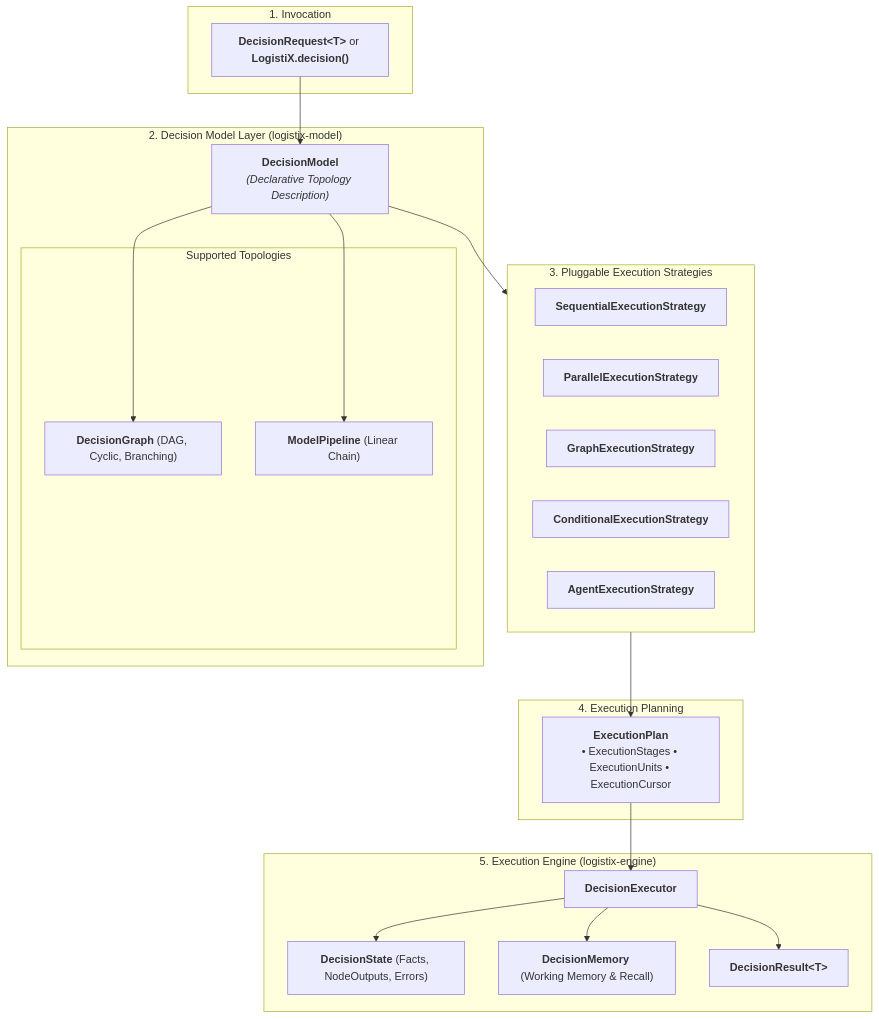
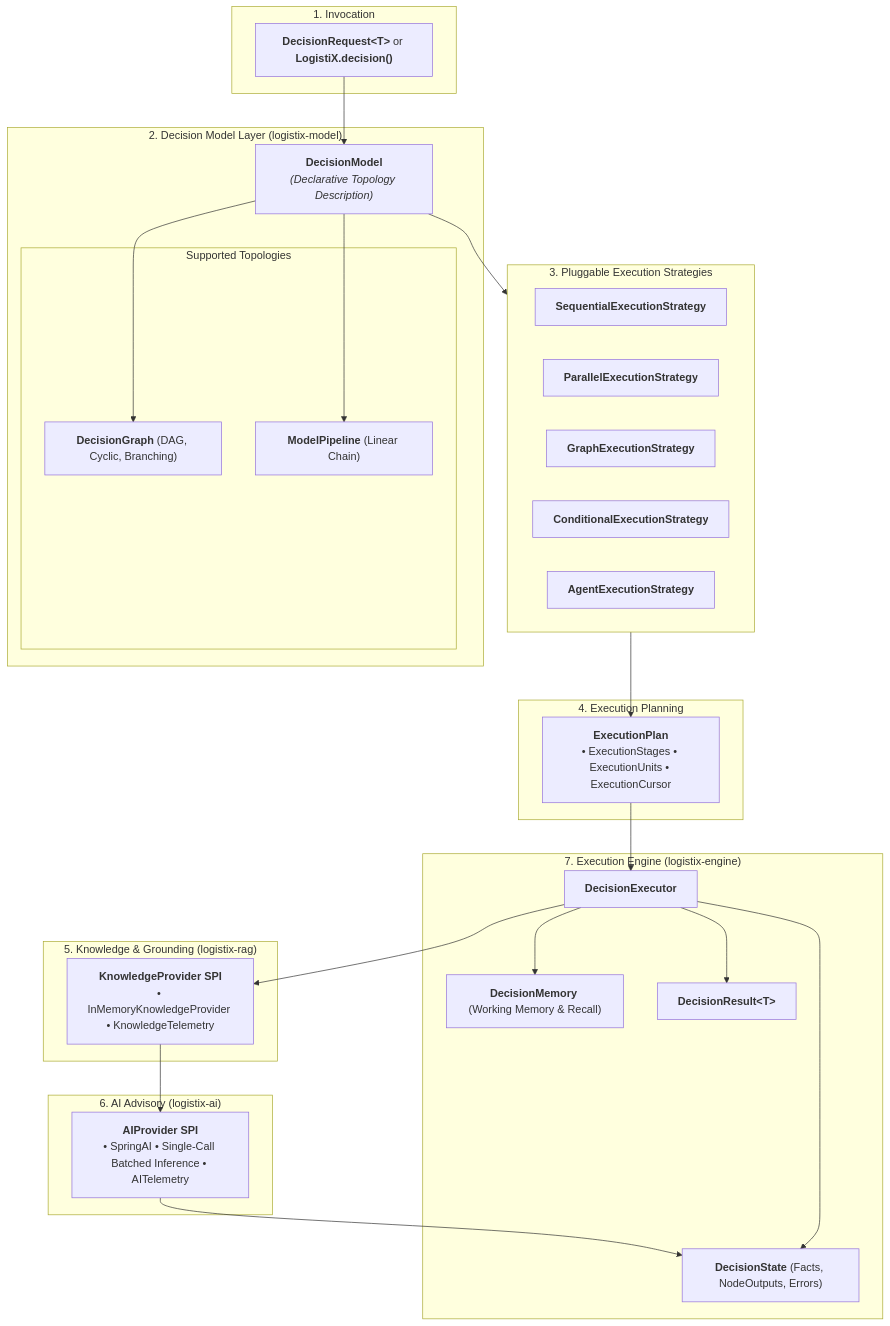
The diagram in README.md (venukommu/LogistiX), drawn with Mermaid before and after one commit. The commit also changed other lines of this file and 23 other files, not shown here.

Commit message:
feat(rag): implement Knowledge-Aware Decision Intelligence and retrieval grounding (Sprint 9)

````diff
--- a/README.md
+++ b/README.md
@@ -127,45 +128,56 @@
 ```mermaid
 flowchart TD
     subgraph Client ["1. Invocation"]
         REQ["<b>DecisionRequest&lt;T&gt;</b> or <b>LogistiX.decision()</b>"]
     end
 
     subgraph ModelLayer ["2. Decision Model Layer (logistix-model)"]
         DM["<b>DecisionModel</b><br/><i>(Declarative Topology Description)</i>"]
         
         subgraph Topologies ["Supported Topologies"]
             DG["<b>DecisionGraph</b> (DAG, Cyclic, Branching)"]
             DP["<b>ModelPipeline</b> (Linear Chain)"]
         end
         
         DM --> DG
         DM --> DP
     end
 
     subgraph StrategyLayer ["3. Pluggable Execution Strategies"]
         S_SEQ["<b>SequentialExecutionStrategy</b>"]
         S_PAR["<b>ParallelExecutionStrategy</b>"]
         S_GRA["<b>GraphExecutionStrategy</b>"]
         S_CON["<b>ConditionalExecutionStrategy</b>"]
         S_AGE["<b>AgentExecutionStrategy</b>"]
     end
 
     subgraph Planning ["4. Execution Planning"]
         PLAN["<b>ExecutionPlan</b><br/>• ExecutionStages &bull; ExecutionUnits &bull; ExecutionCursor"]
     end
 
-    subgraph Runtime ["5. Execution Engine (logistix-engine)"]
+    subgraph KnowledgeLayer ["5. Knowledge & Grounding (logistix-rag)"]
+        KP["<b>KnowledgeProvider SPI</b><br/>• InMemoryKnowledgeProvider &bull; KnowledgeTelemetry"]
+    end
+
+    subgraph AILayer ["6. AI Advisory (logistix-ai)"]
+        AI["<b>AIProvider SPI</b><br/>• SpringAI &bull; Single-Call Batched Inference &bull; AITelemetry"]
+    end
+
+    subgraph Runtime ["7. Execution Engine (logistix-engine)"]
         STATE["<b>DecisionState</b> (Facts, NodeOutputs, Errors)"]
         MEM["<b>DecisionMemory</b> (Working Memory & Recall)"]
         EXEC["<b>DecisionExecutor</b>"]
         RES["<b>DecisionResult&lt;T&gt;</b>"]
     end
 
     REQ --> DM
     DM --> StrategyLayer
     StrategyLayer --> PLAN
     PLAN --> EXEC
+    EXEC --> KP
+    KP --> AI
+    AI --> STATE
     EXEC --> STATE
     EXEC --> MEM
     EXEC --> RES
 ```
````
